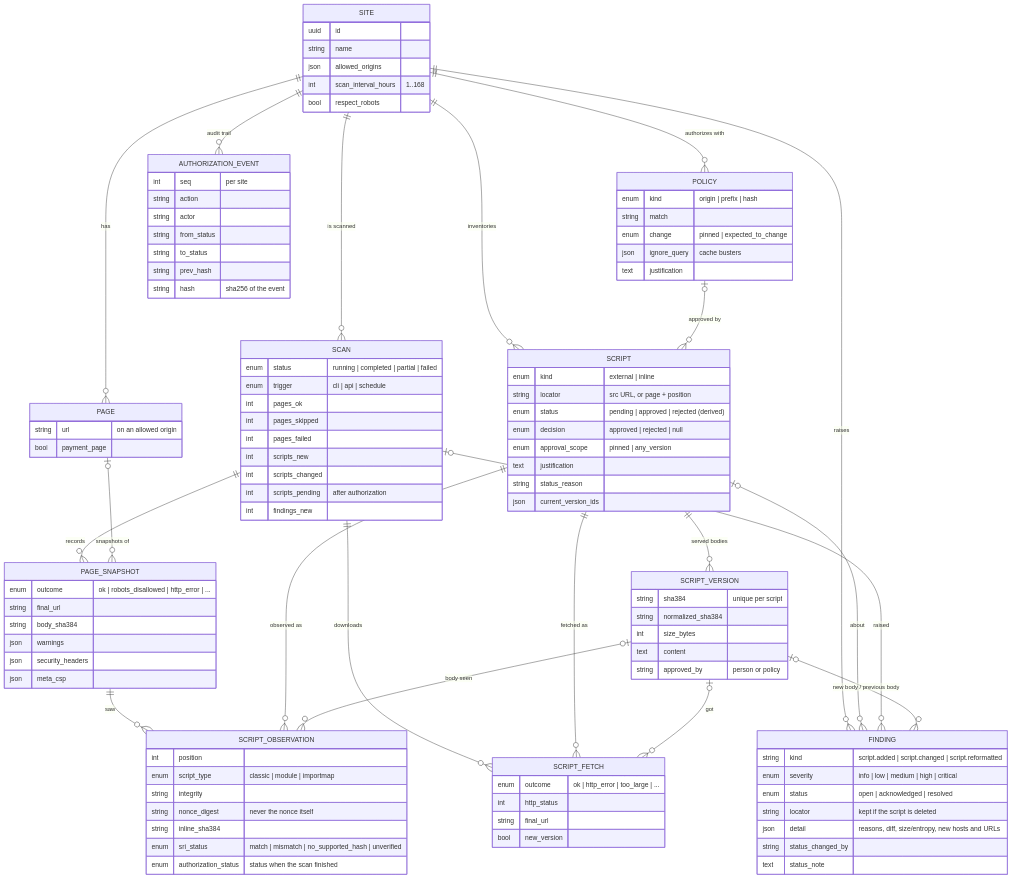
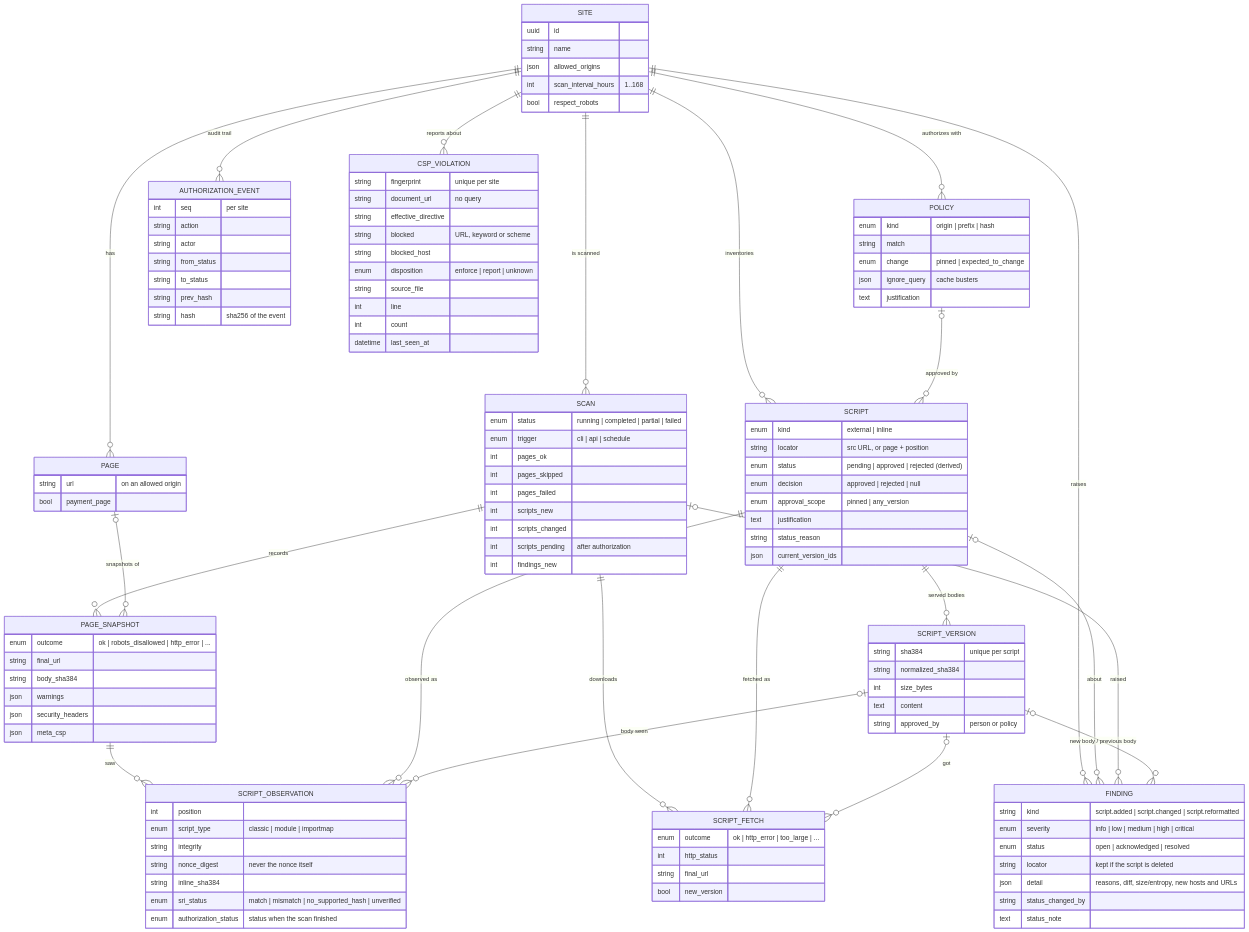
One commit to xeeshan16/script-sentinel changed the second of 2 diagrams in README.md. Above: the diagram before and after it, drawn with Mermaid. The commit also changed other lines of this file and 3 other files, not shown here.

```diff
--- a/README.md
+++ b/README.md
@@ -105,6 +110,7 @@
     SITE ||--o{ AUTHORIZATION_EVENT : "audit trail"
     SCAN |o--o{ FINDING : raised
     SCRIPT_VERSION |o--o{ FINDING : "new body / previous body"
+    SITE ||--o{ CSP_VIOLATION : "reports about"
     SITE {
         uuid id
         string name
@@ -183,6 +189,18 @@
         string prev_hash
         string hash "sha256 of the event"
     }
+    CSP_VIOLATION {
+        string fingerprint "unique per site"
+        string document_url "no query"
+        string effective_directive
+        string blocked "URL, keyword or scheme"
+        string blocked_host
+        enum disposition "enforce | report | unknown"
+        string source_file
+        int line
+        int count
+        datetime last_seen_at
+    }
     FINDING {
         string kind "script.added | script.changed | script.reformatted"
         enum severity "info | low | medium | high | critical"
```
